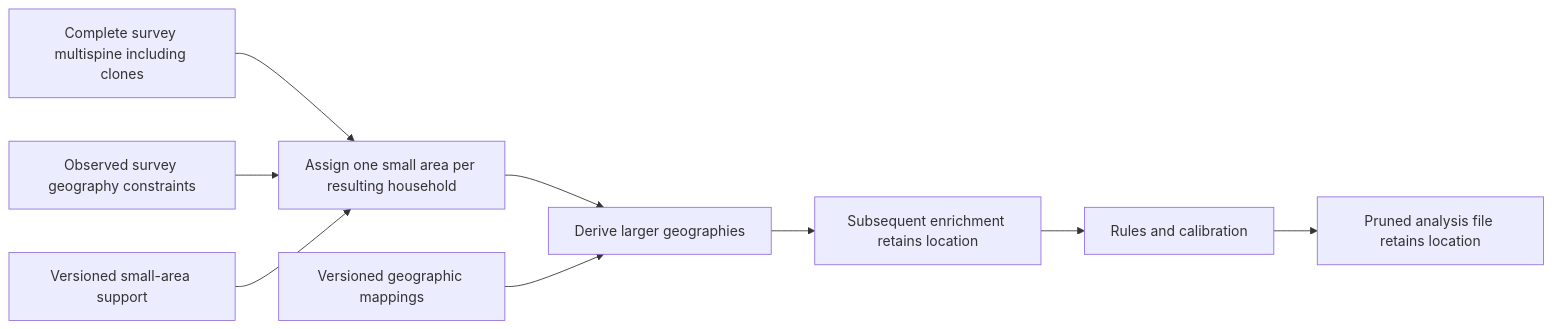
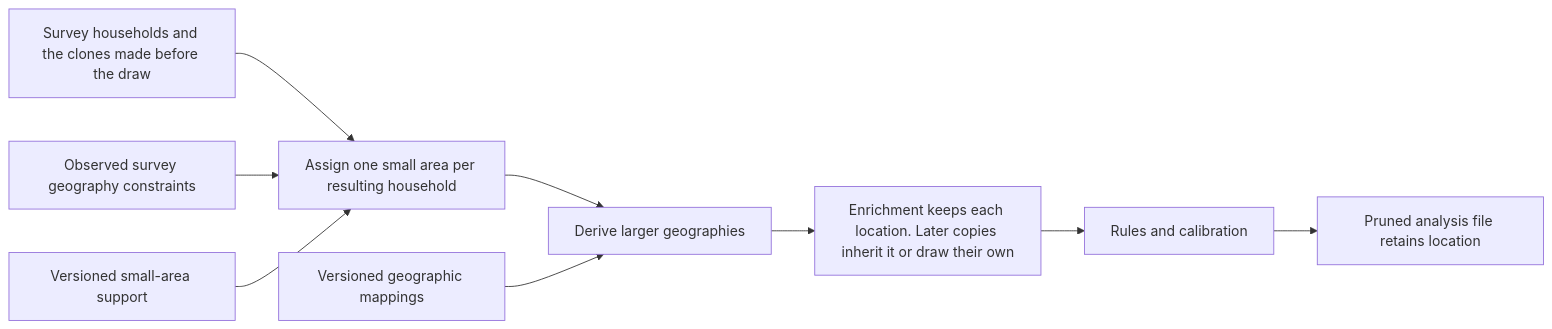
One commit to PolicyEngine/microcosm changed the diagram in docs/geography-assignment.md. Above: the diagram before and after it, drawn with Mermaid. The commit also changed other lines of this file, not shown here.

````diff
--- a/docs/geography-assignment.md
+++ b/docs/geography-assignment.md
@@ -56,11 +78,11 @@
 ```mermaid
 flowchart LR
-  S[Complete survey multispine including clones] --> A[Assign one small area per resulting household]
+  S["Survey households and the clones made before the draw"] --> A[Assign one small area per resulting household]
   C[Observed survey geography constraints] --> A
   L[Versioned small-area support] --> A
   A --> D[Derive larger geographies]
   M[Versioned geographic mappings] --> D
-  D --> E[Subsequent enrichment retains location]
+  D --> E["Enrichment keeps each location. Later copies inherit it or draw their own"]
   E --> R[Rules and calibration]
   R --> P[Pruned analysis file retains location]
 ```
````
